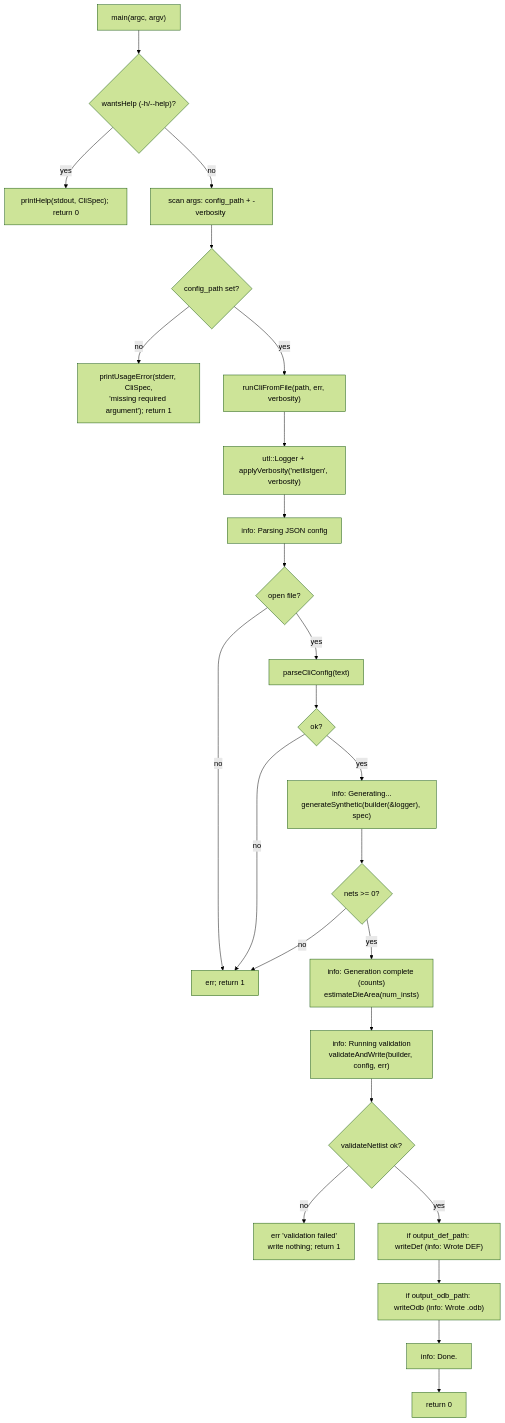
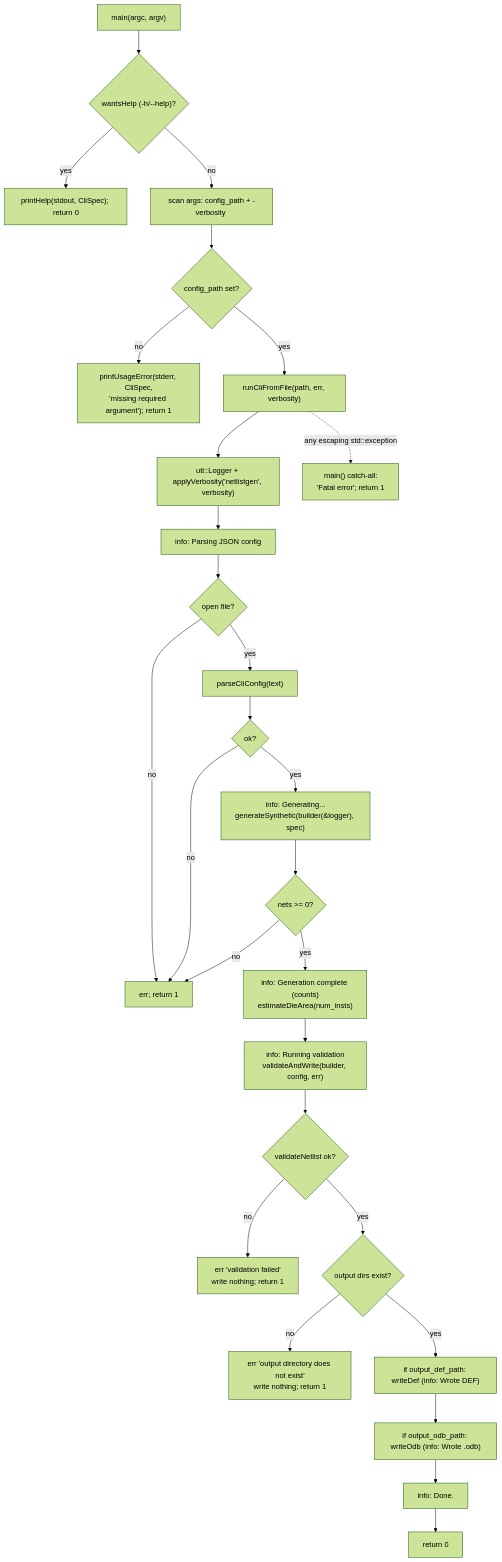
Before and after one commit to rfive88/eda-lab: the tenth of 11 diagrams in src/engines/netlistgen/FLOW.md, drawn with Mermaid (forest theme). The commit also changed other lines of this file and 12 other files, not shown here.

````diff
--- a/src/engines/netlistgen/FLOW.md
+++ b/src/engines/netlistgen/FLOW.md
@@ -294,28 +308,32 @@
 ```mermaid
 graph TD
   main["main(argc, argv)"] --> help{"wantsHelp (-h/--help)?"}
   help -->|yes| ph["printHelp(stdout, CliSpec); return 0"]
   help -->|no| scan["scan args: config_path + -verbosity <level>"]
   scan --> argc{"config_path set?"}
   argc -->|no| usage["printUsageError(stderr, CliSpec,<br/>'missing required argument'); return 1"]
   argc -->|yes| run
 
   run["runCliFromFile(path, err, verbosity)"] --> lg["utl::Logger + applyVerbosity('netlistgen', verbosity)"]
   lg --> mk1["info: Parsing JSON config"]
   mk1 --> rd{"open file?"}
   rd -->|no| e1["err; return 1"]
   rd -->|yes| parse["parseCliConfig(text)"]
   parse --> pok{"ok?"}
   pok -->|no| e1
   pok -->|yes| gen["info: Generating...<br/>generateSynthetic(builder(&logger), spec)"]
   gen --> gok{"nets >= 0?"}
   gok -->|no| e1
   gok -->|yes| die["info: Generation complete (counts)<br/>estimateDieArea(num_insts)"]
   die --> vaw["info: Running validation<br/>validateAndWrite(builder, config, err)"]
   vaw --> valid{"validateNetlist ok?"}
   valid -->|no| e1b["err 'validation failed'<br/>write nothing; return 1"]
-  valid -->|yes| wdef["if output_def_path: writeDef (info: Wrote DEF)"]
+  valid -->|yes| odir{"output dirs exist?"}
+  odir -->|no| e1c["err 'output directory does not exist'<br/>write nothing; return 1"]
+  odir -->|yes| wdef["if output_def_path: writeDef (info: Wrote DEF)"]
   wdef --> wodb["if output_odb_path: writeOdb (info: Wrote .odb)"]
   wodb --> counts["info: Done."]
   counts --> ok0["return 0"]
+
+  run -.->|any escaping std::exception| bck["main() catch-all:<br/>'Fatal error'; return 1"]
 ```
````
